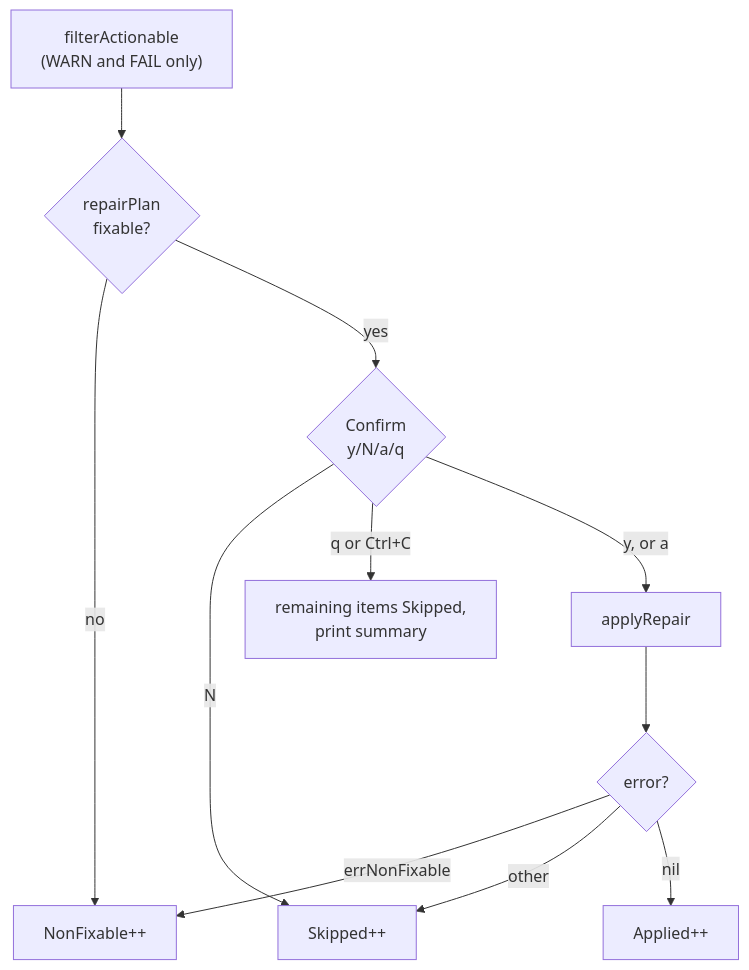
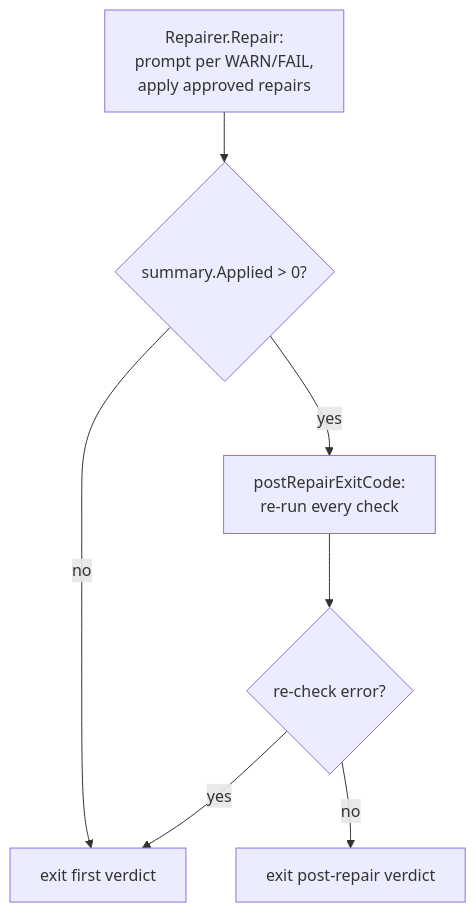
The second of 9 diagrams in docs/wiki/doctor.md (damusix/atomic-claude), drawn with Mermaid before and after one commit. The commit also changed other lines of this file and 795 other files, not shown here.

First line of the commit message:
feat!: run Atomic on Claude Code, OMP, and Codex

````diff
--- a/docs/wiki/doctor.md
+++ b/docs/wiki/doctor.md
@@ -62,14 +47,10 @@
 ```mermaid
 flowchart TD
-    %% source: atomic/internal/doctor/fix.go, stdin_prompter.go
-    A["filterActionable<br/>(WARN and FAIL only)"] --> B{"repairPlan<br/>fixable?"}
-    B -->|no| N["NonFixable++"]
-    B -->|yes| C{"Confirm<br/>y/N/a/q"}
-    C -->|N| S["Skipped++"]
-    C -->|"q or Ctrl+C"| Q["remaining items Skipped,<br/>print summary"]
-    C -->|"y, or a"| R["applyRepair"]
-    R --> D{"error?"}
-    D -->|errNonFixable| N
-    D -->|other| S
-    D -->|nil| P["Applied++"]
+    %% source: atomic/cmd/atomic/cmd_doctor.go (postRepairExitCode), atomic/internal/doctor/fix.go
+    B["Repairer.Repair:<br/>prompt per WARN/FAIL,<br/>apply approved repairs"] --> C{"summary.Applied > 0?"}
+    C -->|no| D["exit first verdict"]
+    C -->|yes| E["postRepairExitCode:<br/>re-run every check"]
+    E --> F{"re-check error?"}
+    F -->|yes| D
+    F -->|no| G["exit post-repair verdict"]
 ```
````
